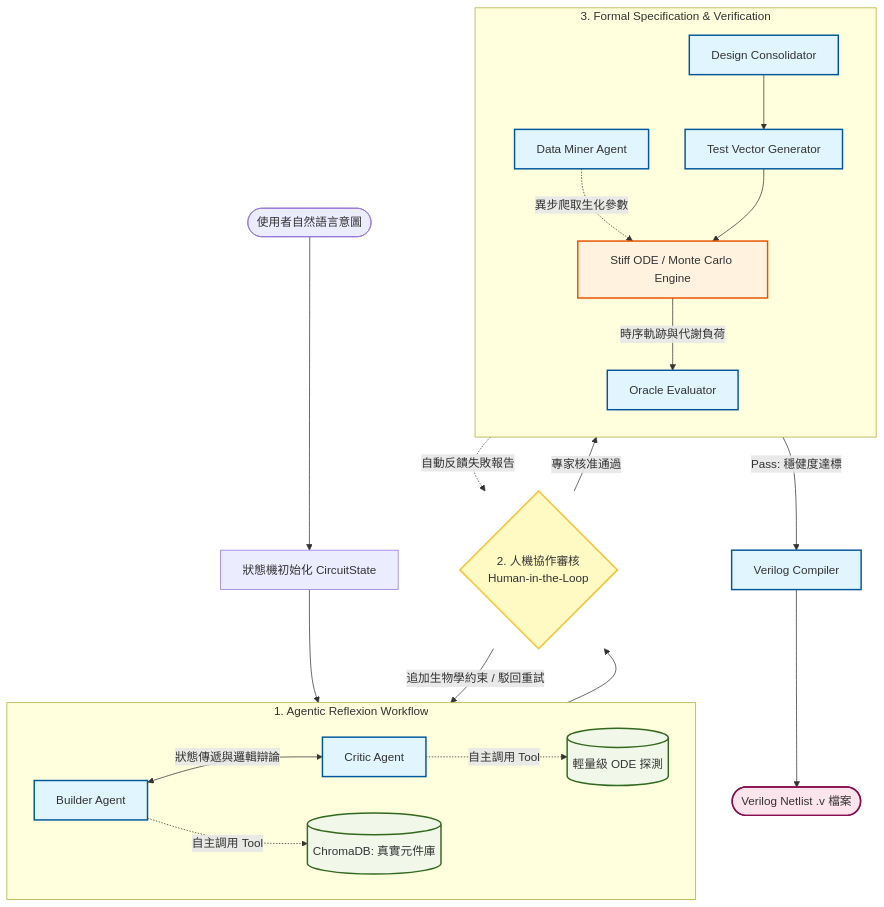
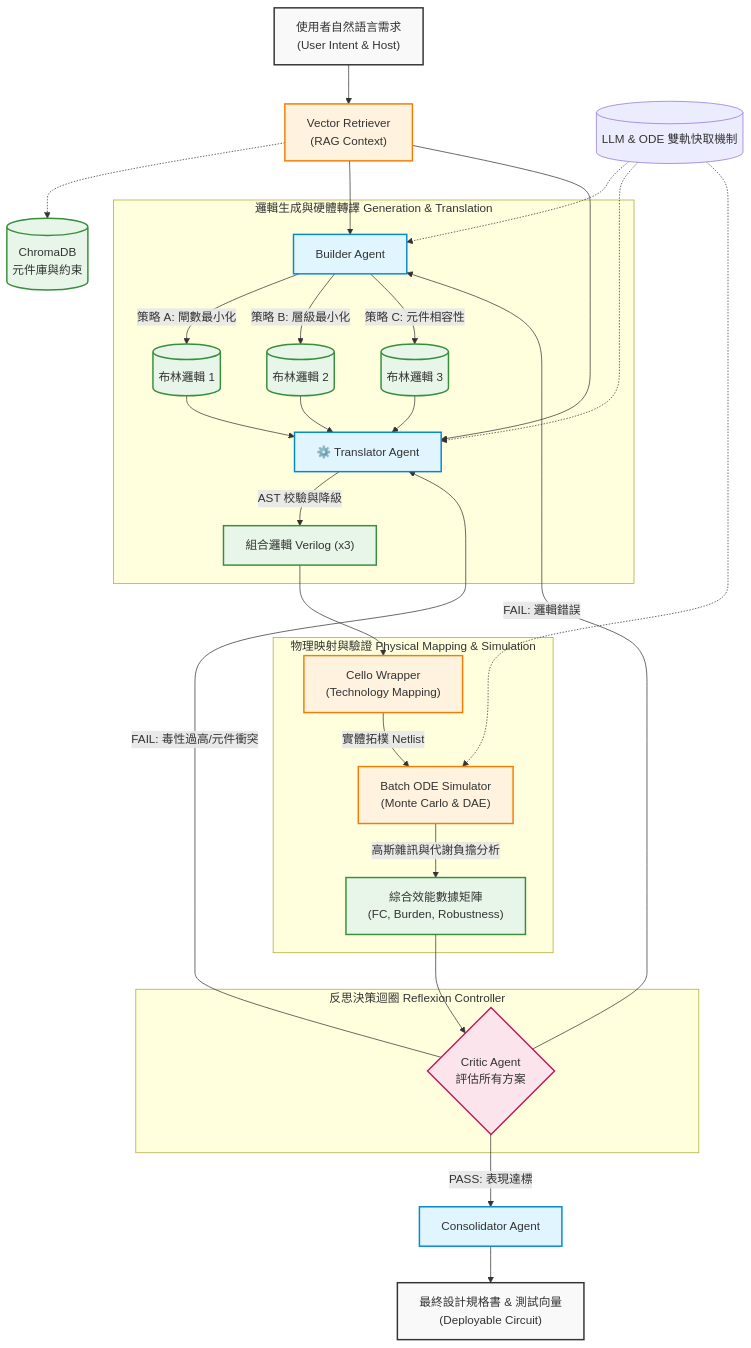
Before and after one commit to yehray1230/LLM-Cello-BioDrive-An-Automated-Genetic-Circuit-Design-Verification-Framework: the diagram in README.md, drawn with Mermaid. The commit also changed other lines of this file, not shown here.

````diff
--- a/README.md
+++ b/README.md
@@ -57,48 +59,54 @@
 ```mermaid
-flowchart TB
-    %% 定義全局樣式
-    classDef agent fill:#e1f5fe,stroke:#01579b,stroke-width:2px;
-    classDef engine fill:#fff3e0,stroke:#e65100,stroke-width:2px;
-    classDef data fill:#f1f8e9,stroke:#33691e,stroke-width:2px;
-    classDef output fill:#fce4ec,stroke:#880e4f,stroke-width:2px;
-    classDef human fill:#fff9c4,stroke:#fbc02d,stroke-width:2px;
+graph TD
+    %% 節點樣式定義
+    classDef user fill:#f9f9f9,stroke:#333,stroke-width:2px;
+    classDef agent fill:#e1f5fe,stroke:#0288d1,stroke-width:2px;
+    classDef tool fill:#fff3e0,stroke:#f57c00,stroke-width:2px;
+    classDef data fill:#e8f5e9,stroke:#388e3c,stroke-width:2px;
+    classDef decision fill:#fce4ec,stroke:#c2185b,stroke-width:2px,shape:diamond;
 
-    U([使用者自然語言意圖]) --> State[狀態機初始化 CircuitState]
-    State --> Reflexion_Loop
+    %% 階段一：輸入與檢索
+    User["使用者自然語言需求<br>(User Intent & Host)"]:::user --> Retriever["Vector Retriever<br>(RAG Context)"]:::tool
+    Retriever -.-> ChromaDB[("ChromaDB<br>元件庫與約束")]:::data
 
-    %% 模組 1：多智能體工具調用與對抗
-    subgraph Reflexion_Loop [1. Agentic Reflexion Workflow]
-        direction LR
-        B[Builder Agent] <-->|狀態傳遞與邏輯辯論| C[Critic Agent]
-        B -.->|自主調用 Tool| RAG[(ChromaDB: 真實元件庫)]
-        C -.->|自主調用 Tool| Light_ODE[(輕量級 ODE 探測)]
+    %% 階段二：邏輯生成與轉譯
+    subgraph Phase2 [邏輯生成與硬體轉譯 Generation & Translation]
+        Builder["Builder Agent"]:::agent
+        Builder -->|策略 A: 閘數最小化| Prop1[("布林邏輯 1")]:::data
+        Builder -->|策略 B: 層級最小化| Prop2[("布林邏輯 2")]:::data
+        Builder -->|策略 C: 元件相容性| Prop3[("布林邏輯 3")]:::data
+        
+        Prop1 & Prop2 & Prop3 --> Translator["⚙️ Translator Agent"]:::agent
+        Translator -->|AST 校驗與降級| Verilog["組合邏輯 Verilog (x3)"]:::data
     end
-    class B,C agent
-    class RAG,Light_ODE data
+    Retriever --> Builder
+    Retriever --> Translator
 
-    %% 人機協作節點
-    Reflexion_Loop --> HITL{2. 人機協作審核 \n Human-in-the-Loop}
-    class HITL human
-    
-    HITL -->|追加生物學約束 / 駁回重試| Reflexion_Loop
-    HITL -->|專家核准通過| Formalization
+    %% 階段三：實體映射與動態模擬
+    subgraph Phase3 [物理映射與驗證 Physical Mapping & Simulation]
+        Cello["Cello Wrapper<br>(Technology Mapping)"]:::tool
+        ODE["Batch ODE Simulator<br>(Monte Carlo & DAE)"]:::tool
+        
+        Verilog --> Cello
+        Cello -->|實體拓樸 Netlist| ODE
+        ODE -->|高斯雜訊與代謝負擔分析| Metrics["綜合效能數據矩陣<br>(FC, Burden, Robustness)"]:::data
+    end
 
-    %% 模組 2：規格形式化與全域驗證
-    subgraph Formalization [3. Formal Specification & Verification]
-        direction TB
-        DC[Design Consolidator] --> TV[Test Vector Generator]
-        DM[Data Miner Agent] -.->|異步爬取生化參數| ODE
-        TV --> ODE[Stiff ODE / Monte Carlo Engine]
-        ODE -->|時序軌跡與代謝負荷| OE[Oracle Evaluator]
+    %% 階段四：多智能體對抗
+    subgraph Phase4 [反思決策迴圈 Reflexion Controller]
+        Critic{"Critic Agent<br>評估所有方案"}:::decision
+        Metrics --> Critic
+        
+        Critic -->|FAIL: 邏輯錯誤| Builder
+        Critic -->|FAIL: 毒性過高/元件衝突| Translator
     end
-    class DC,TV,DM,OE agent
-    class ODE engine
 
-    %% 決策與輸出
-    OE -.->|自動反饋失敗報告| HITL
-    OE -->|Pass: 穩健度達標| VC[Verilog Compiler]
-    
-    VC --> Netlist([Verilog Netlist .v 檔案])
-    class VC agent
-    class Netlist output
+    %% 階段五：輸出
+    Critic -->|PASS: 表現達標| Consolidator["Consolidator Agent"]:::agent
+    Consolidator --> Output["最終設計規格書 & 測試向量<br>(Deployable Circuit)"]:::user
+
+    %% 快取機制標示
+    Cache[("LLM & ODE 雙軌快取機制")] -.-> Builder
+    Cache -.-> Translator
+    Cache -.-> ODE
 ```
````
